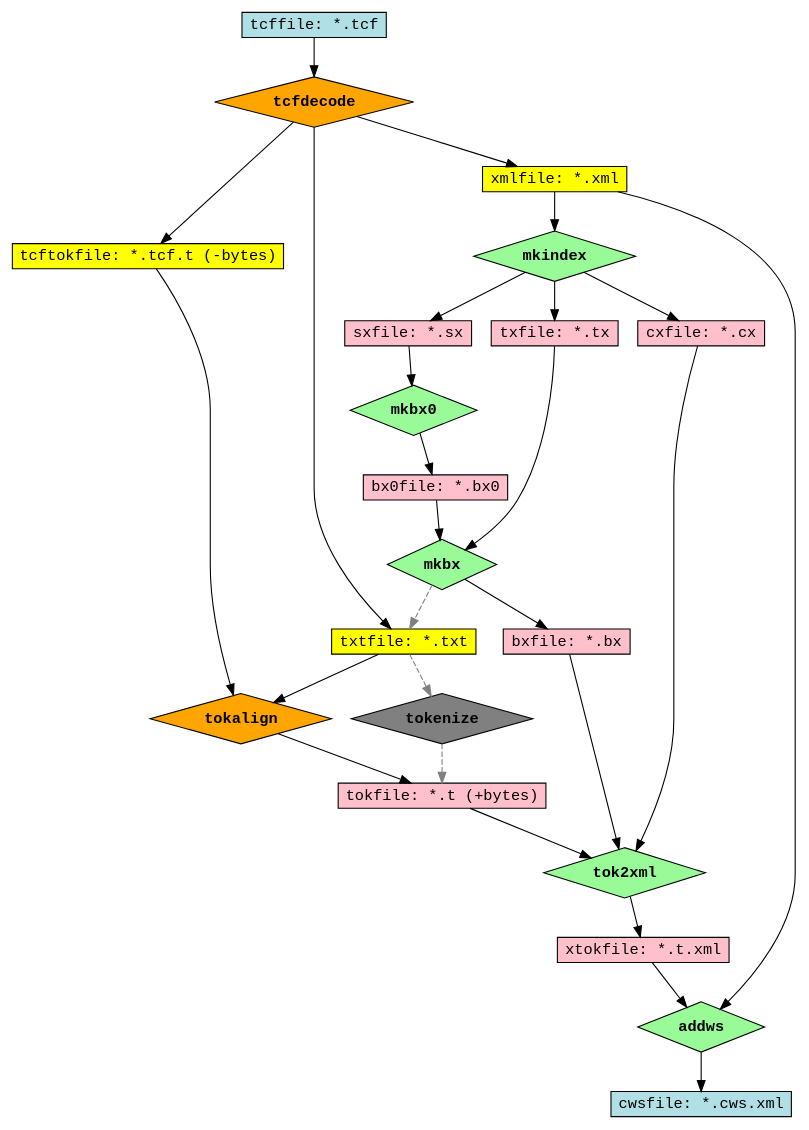
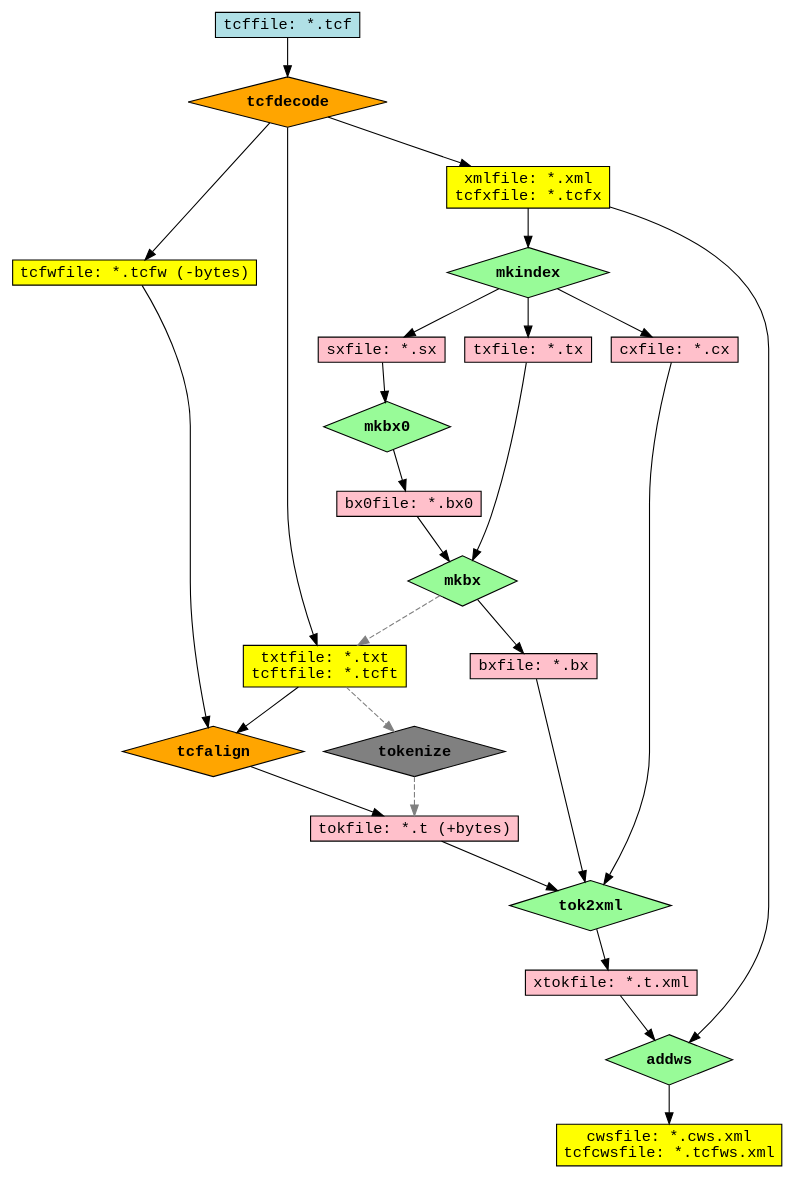
The diagram in doc/dot/dataflow-tcf-files.dot (moocow-the-bovine/dta-tokwrap), drawn with Graphviz before and after one commit. The commit also changed 7 other files, not shown here.

```diff
--- a/doc/dot/dataflow-tcf-files.dot
+++ b/doc/dot/dataflow-tcf-files.dot
@@ -1,90 +1,90 @@
 /* -*- Mode: C -*- */
 digraph dataflow_perl_files {
   node [shape=rectangle,style=filled,fillcolor=pink,height=0.25,fontname="Courier"];
   edge [decorate=0,fontname="Courier"];
 
   //-- tcf stuff
   tcffile [label="tcffile: *.tcf",fillcolor=PowderBlue];
 
   tcfdecode [label="tcfdecode",shape=diamond,fillcolor=orange,fontname="Courier-Bold"];
   tcffile -> tcfdecode;
 
-  tcftokfile [label="tcftokfile: *.tcf.t (-bytes)",fillcolor=yellow];
+  tcfwfile [label="tcfwfile: *.tcfw (-bytes)",fillcolor=yellow];
   tcfdecode -> txtfile;
   tcfdecode -> xmlfile;
-  tcfdecode -> tcftokfile;
+  tcfdecode -> tcfwfile;
 
-  tokalign [label="tokalign",shape=diamond,fillcolor=orange,fontname="Courier-Bold"];
-  tcftokfile -> tokalign;
-  txtfile -> tokalign;
-  tokalign -> tokfile;
+  tcfalign [label="tcfalign",shape=diamond,fillcolor=orange,fontname="Courier-Bold"];
+  tcfwfile -> tcfalign;
+  txtfile -> tcfalign;
+  tcfalign -> tokfile;
 
   //-- inherited
-  xmlfile [label="xmlfile: *.xml",fillcolor=yellow]; //fillcolor=PowderBlue
+  xmlfile [label="xmlfile: *.xml\ntcfxfile: *.tcfx",fillcolor=yellow]; //fillcolor=PowderBlue
   //add_c -> xmlfile;
 
   mkindex [label="mkindex",shape=diamond,fillcolor=PaleGreen,fontname="Courier-Bold"];
   xmlfile -> mkindex;
 
   sxfile [label="sxfile: *.sx"];
   txfile [label="txfile: *.tx"];
   cxfile [label="cxfile: *.cx"];
   mkindex -> cxfile;
   mkindex -> sxfile;
   mkindex -> txfile;
   {rank=same; cxfile sxfile txfile}
 
   mkbx0 [label="mkbx0",shape=diamond,fillcolor=PaleGreen,fontname="Courier-Bold"];
   sxfile -> mkbx0;
  
   bx0file [label="bx0file: *.bx0"];
   mkbx0 -> bx0file;
 
   mkbx [label="mkbx",shape=diamond,fillcolor=PaleGreen,fontname="Courier-Bold"];
   bx0file -> mkbx;
   txfile  -> mkbx;
 
   bxfile [label="bxfile: *.bx"];
-  txtfile [label="txtfile: *.txt",fillcolor=yellow];
+  txtfile [label="txtfile: *.txt\ntcftfile: *.tcft",fillcolor=yellow];
   mkbx -> bxfile;
   mkbx -> txtfile [style="dashed",color="grey"];
   {rank=same; bxfile txtfile}
 
   tokenize [label="tokenize",shape=diamond,fillcolor=grey,fontname="Courier-Bold",justify="left"];
   txtfile -> tokenize [style="dashed",color="grey"];
 
   tokfile [label="tokfile: *.t (+bytes)"];
   tokenize -> tokfile [style="dashed",color="grey"];
 
   xtokfile [label="xtokfile: *.t.xml"]; //fillcolor=PowderBlue
 
   //-- tok2xml via c prog
   tok2xml[label="tok2xml",shape=diamond,fillcolor=PaleGreen,fontname="Courier-Bold"];
   bxfile -> tok2xml;
   cxfile -> tok2xml;
   tokfile -> tok2xml;
   tok2xml -> xtokfile;
 
   //-- splice-in: w,s: addws module
   add_ws  [label="addws",shape=diamond,fillcolor=PaleGreen,fontname="Courier-Bold"];
   xtokfile -> add_ws;
   xmlfile  -> add_ws;
   add_ws   -> cwsfile;
-  cwsfile [label="cwsfile: *.cws.xml",fillcolor=PowderBlue];
+  cwsfile [label="cwsfile: *.cws.xml\ntcfcwsfile: *.tcfws.xml",fillcolor=yellow]; //fillcolor=PowderBlue
 
   //-- splice-in: generic id-based splice (e.g. cab)
   /*
   cab [label="dta-cab",shape=diamond,fillcolor=orange,fontname="Courier-Bold"];
   xtokfile -> cab;
 
   cabfile [label="-cabfile: *.cab.xml",fillcolor=yellow];
   cab -> cabfile;
 
   idsplice [label="idsplice",shape=diamond,fillcolor=PaleGreen,fontname="Courier-Bold"];
   cabfile -> idsplice;
   cwsfile -> idsplice;
 
   cwstfile [label="cwstfile: *.cwst.xml",fillcolor=PowderBlue];
   idsplice -> cwstfile;
   */
 }
```
